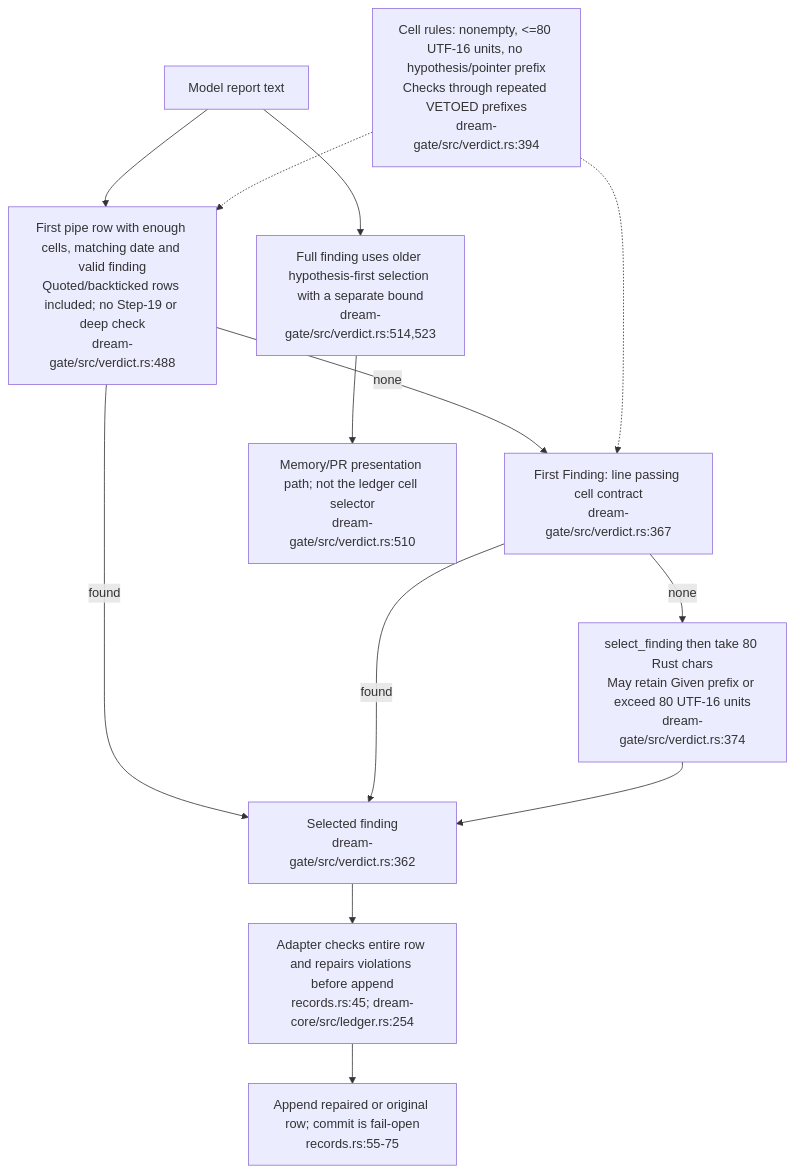
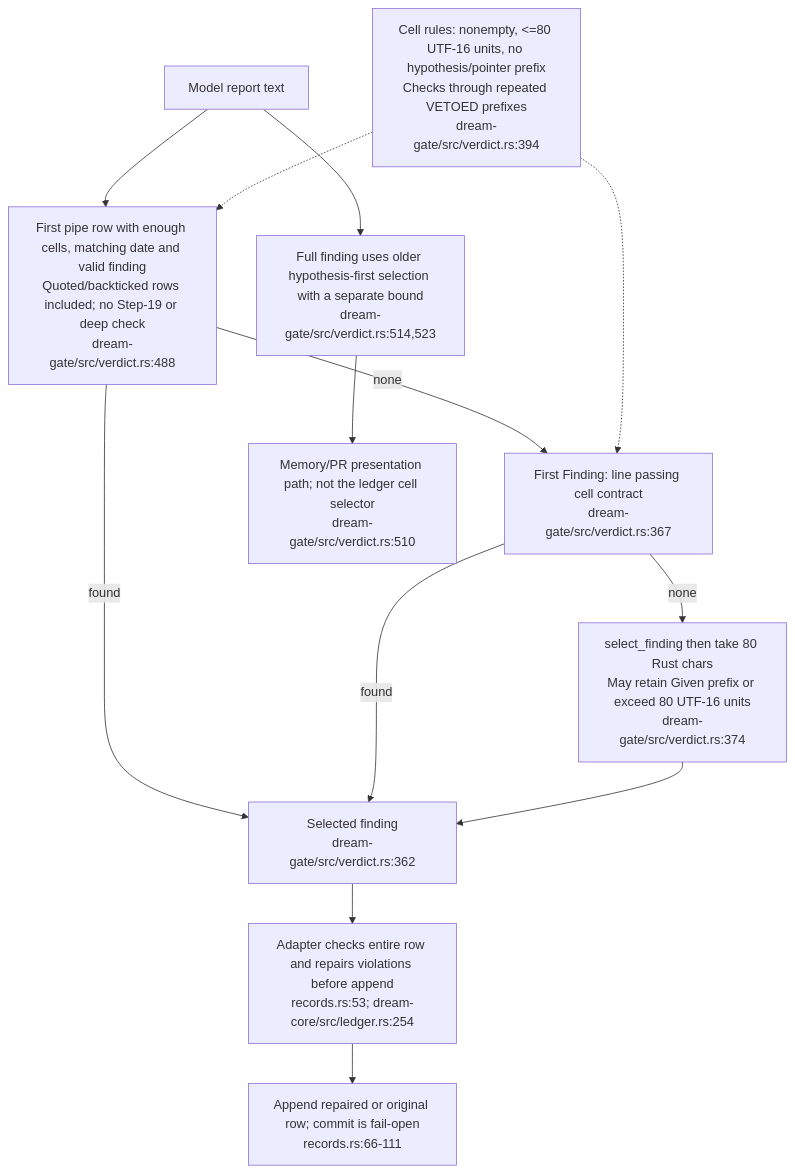
One commit to DreamLab-AI/VisionFlow changed diagram 14 of 24 in docs/diagrams/agentbox/23-dream-engine.md. Above: the diagram before and after it, drawn with Mermaid. The commit also changed other lines of this file, not shown here.

First line of the commit message:
docs(diagrams): re-stamp AB-23 dream engine at agentbox 720e0d896 and dream-engine b40d507

````diff
--- a/docs/diagrams/agentbox/23-dream-engine.md
+++ b/docs/diagrams/agentbox/23-dream-engine.md
@@ -444,15 +444,15 @@
 ```mermaid
 flowchart TB
     REPORT["Model report text"] --> TABLE["First pipe row with enough cells, matching date and valid finding<br/>Quoted/backticked rows included; no Step-19 or deep check<br/>dream-gate/src/verdict.rs:488"]
     TABLE -->|found| SELECTED["Selected finding<br/>dream-gate/src/verdict.rs:362"]
     TABLE -->|none| LINE["First Finding: line passing cell contract<br/>dream-gate/src/verdict.rs:367"]
     LINE -->|found| SELECTED
     LINE -->|none| FALL["select_finding then take 80 Rust chars<br/>May retain Given prefix or exceed 80 UTF-16 units<br/>dream-gate/src/verdict.rs:374"]
     FALL --> SELECTED
-    SELECTED --> BACK["Adapter checks entire row and repairs violations before append<br/>records.rs:45; dream-core/src/ledger.rs:254"]
-    BACK --> LEDGER["Append repaired or original row; commit is fail-open<br/>records.rs:55-75"]
+    SELECTED --> BACK["Adapter checks entire row and repairs violations before append<br/>records.rs:53; dream-core/src/ledger.rs:254"]
+    BACK --> LEDGER["Append repaired or original row; commit is fail-open<br/>records.rs:66-111"]
     RULES["Cell rules: nonempty, <=80 UTF-16 units, no hypothesis/pointer prefix<br/>Checks through repeated VETOED prefixes<br/>dream-gate/src/verdict.rs:394"] -.-> TABLE
     RULES -.-> LINE
     REPORT --> FULL["Full finding uses older hypothesis-first selection with a separate bound<br/>dream-gate/src/verdict.rs:514,523"]
     FULL --> OTHER["Memory/PR presentation path; not the ledger cell selector<br/>dream-gate/src/verdict.rs:510"]
 ```
````
